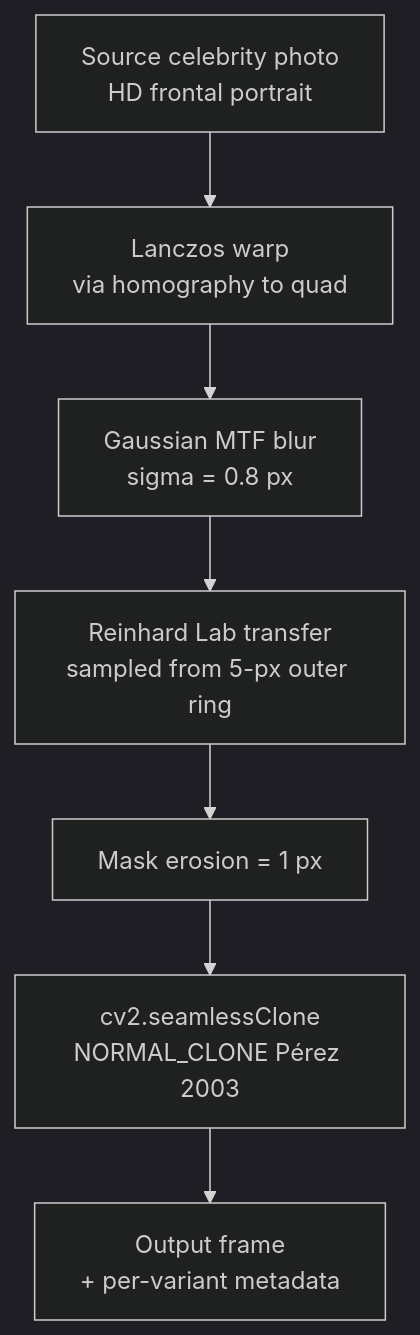
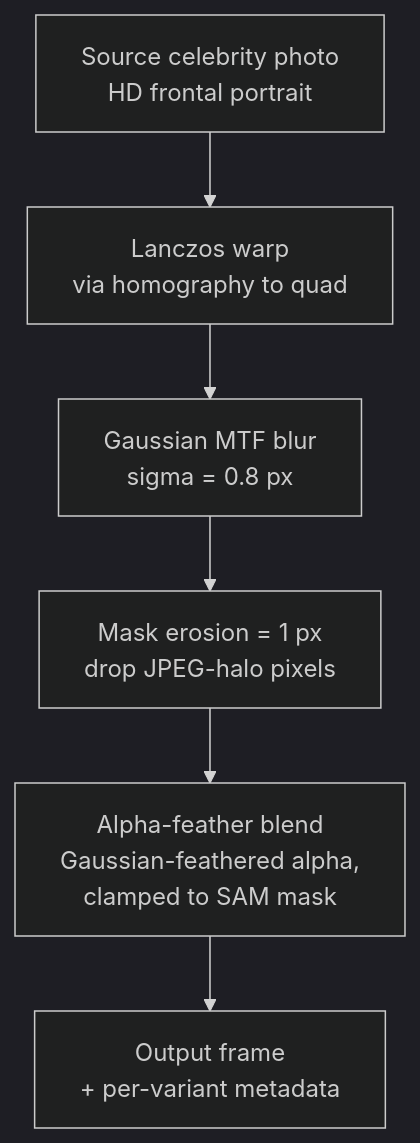
Before and after one commit to Ace3Z/LeMonkey: the fourth of 4 diagrams in eval_3/aug/README.md, drawn with Mermaid (dark theme). The commit also changed other lines of this file and 3 other files, not shown here.

First line of the commit message:
docs(aug): restructure flow + drop Reinhard/Poisson from deployed recipe + ArcFace all-PASS demo

````diff
--- a/eval_3/aug/README.md
+++ b/eval_3/aug/README.md
@@ -288,9 +309,8 @@
 ```mermaid
 flowchart TB
     A[Source celebrity photo<br/>HD frontal portrait] --> B[Lanczos warp<br/>via homography to quad]
     B --> C[Gaussian MTF blur<br/>sigma = 0.8 px]
-    C --> D[Reinhard Lab transfer<br/>sampled from 5-px outer ring]
-    D --> E[Mask erosion = 1 px]
-    E --> F[cv2.seamlessClone<br/>NORMAL_CLONE Pérez 2003]
-    F --> G[Output frame<br/>+ per-variant metadata]
+    C --> D[Mask erosion = 1 px<br/>drop JPEG-halo pixels]
+    D --> E[Alpha-feather blend<br/>Gaussian-feathered alpha,<br/>clamped to SAM mask]
+    E --> F[Output frame<br/>+ per-variant metadata]
 ```
````
